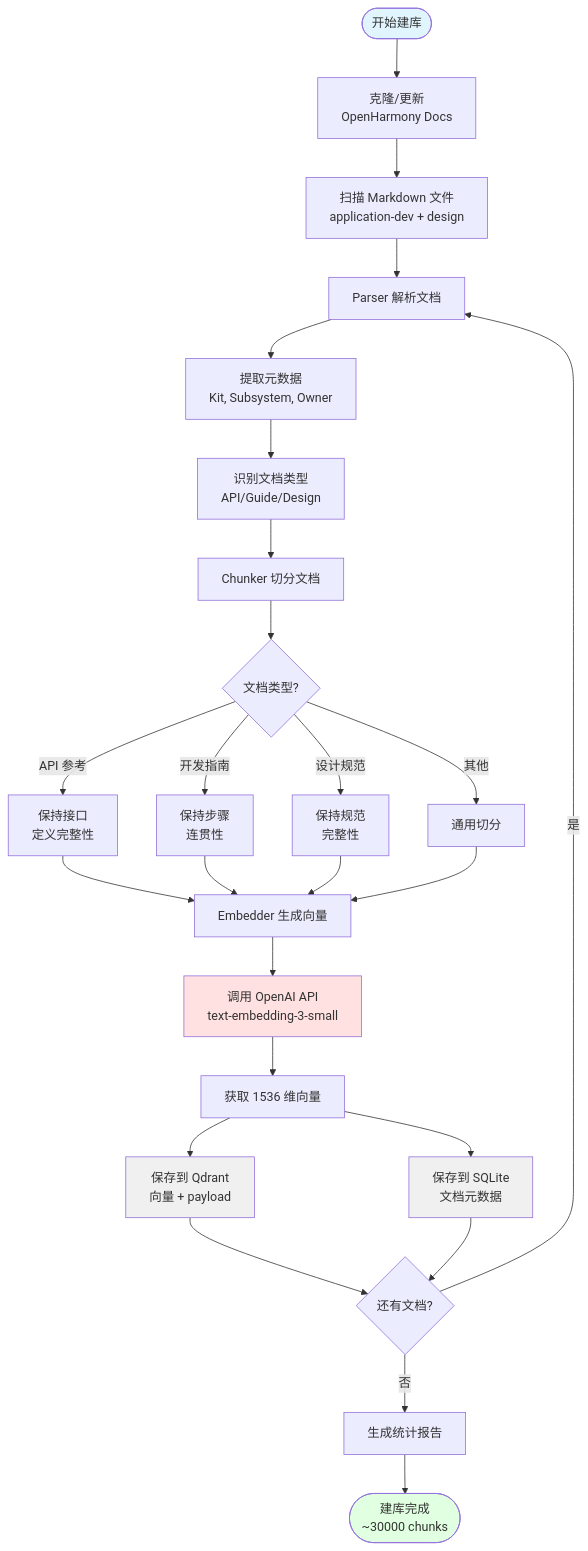
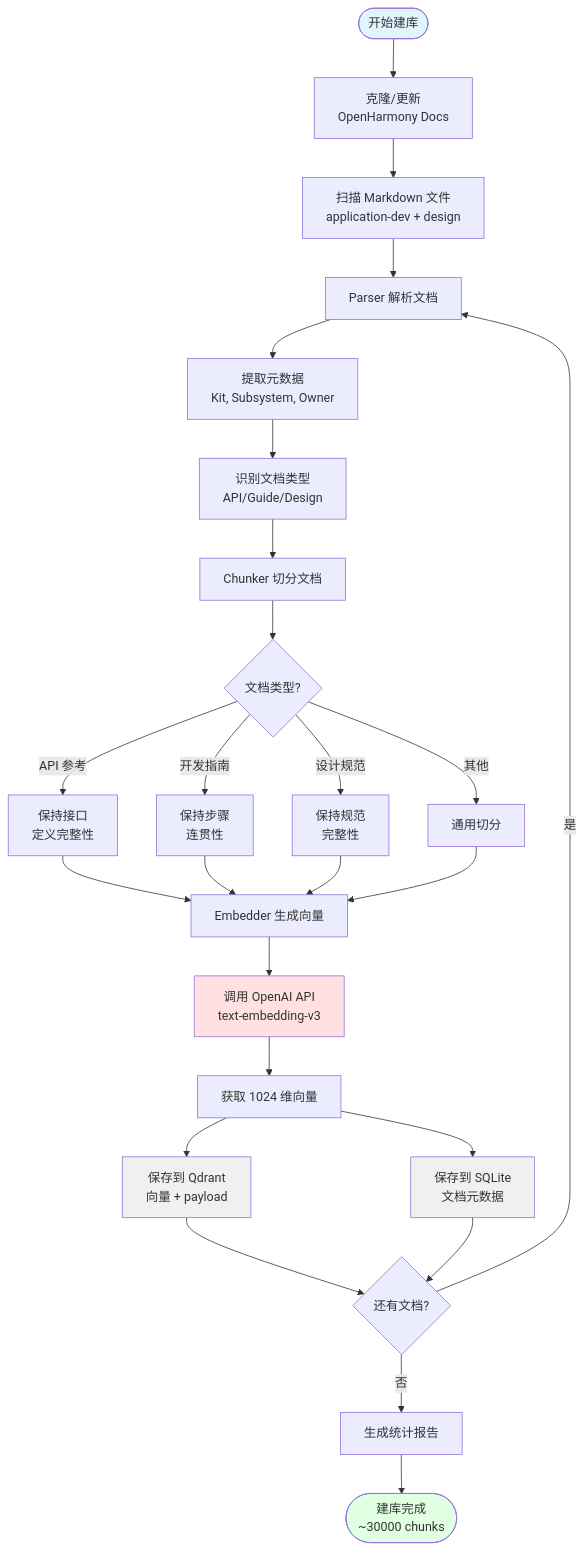
The second of 5 diagrams in docs/architecture_diagrams.md (charmingYouYou/openharmony-docs-rag), drawn with Mermaid before and after one commit. The commit also changed other lines of this file and 27 other files, not shown here.

Commit message:
Continue quick-start sequence

````diff
--- a/docs/architecture_diagrams.md
+++ b/docs/architecture_diagrams.md
@@ -88,42 +88,42 @@
 ```mermaid
 flowchart TD
     Start([开始建库]) --> Clone[克隆/更新<br/>OpenHarmony Docs]
     Clone --> Scan[扫描 Markdown 文件<br/>application-dev + design]
 
     Scan --> Parse[Parser 解析文档]
     Parse --> ExtractMeta[提取元数据<br/>Kit, Subsystem, Owner]
     ExtractMeta --> IdentifyType[识别文档类型<br/>API/Guide/Design]
 
     IdentifyType --> Chunk[Chunker 切分文档]
     Chunk --> ChunkAPI{文档类型?}
 
     ChunkAPI -->|API 参考| ChunkAPILogic[保持接口<br/>定义完整性]
     ChunkAPI -->|开发指南| ChunkGuideLogic[保持步骤<br/>连贯性]
     ChunkAPI -->|设计规范| ChunkDesignLogic[保持规范<br/>完整性]
     ChunkAPI -->|其他| ChunkGeneric[通用切分]
 
     ChunkAPILogic --> Embed[Embedder 生成向量]
     ChunkGuideLogic --> Embed
     ChunkDesignLogic --> Embed
     ChunkGeneric --> Embed
 
-    Embed --> CallOpenAI[调用 OpenAI API<br/>text-embedding-3-small]
-    CallOpenAI --> GetVector[获取 1536 维向量]
+    Embed --> CallOpenAI[调用 OpenAI API<br/>text-embedding-v3]
+    CallOpenAI --> GetVector[获取 1024 维向量]
 
     GetVector --> SaveQdrant[保存到 Qdrant<br/>向量 + payload]
     GetVector --> SaveSQLite[保存到 SQLite<br/>文档元数据]
 
     SaveQdrant --> CheckMore{还有文档?}
     SaveSQLite --> CheckMore
 
     CheckMore -->|是| Parse
     CheckMore -->|否| Summary[生成统计报告]
 
     Summary --> End([建库完成<br/>~30000 chunks])
 
     style Start fill:#e1f5ff
     style End fill:#e1ffe1
     style CallOpenAI fill:#ffe1e1
     style SaveQdrant fill:#f0f0f0
     style SaveSQLite fill:#f0f0f0
 ```
````
